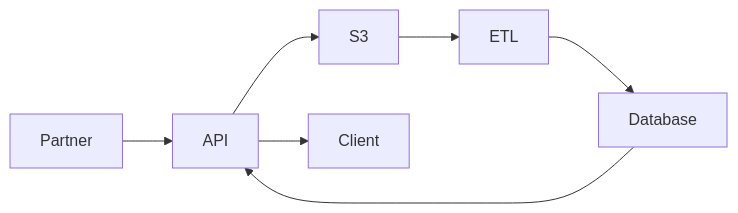
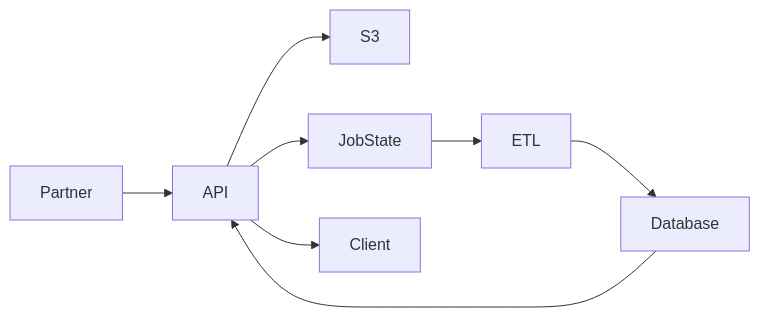
Before and after one commit to rayajose/writing-portfolio: the diagram in docs/architecture/index.md, drawn with Mermaid. The commit also changed other lines of this file and 7 other files, not shown here.

````diff
--- a/docs/architecture/index.md
+++ b/docs/architecture/index.md
@@ -90,9 +128,10 @@
 ```mermaid
 flowchart LR
     Partner --> API
     API --> S3
-    S3 --> ETL
+    API --> JobState
+    JobState --> ETL
     ETL --> Database
     Database --> API
     API --> Client
 ```
````
